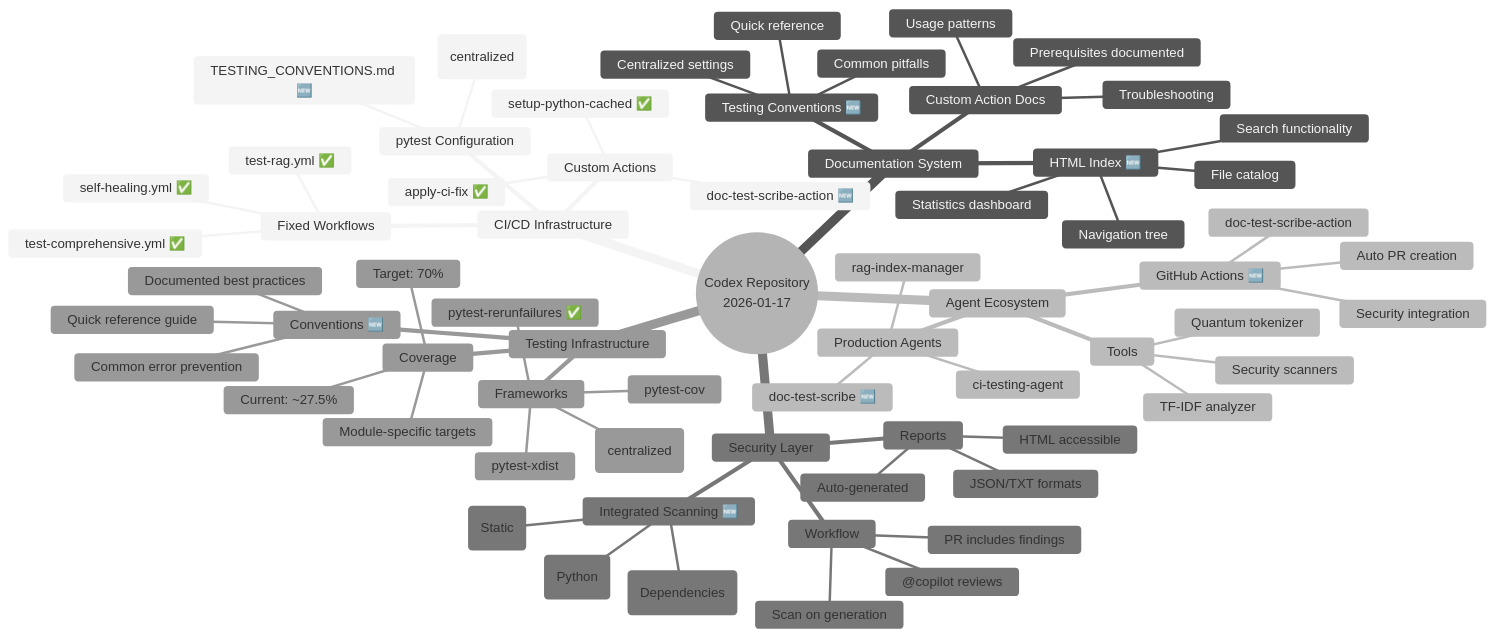
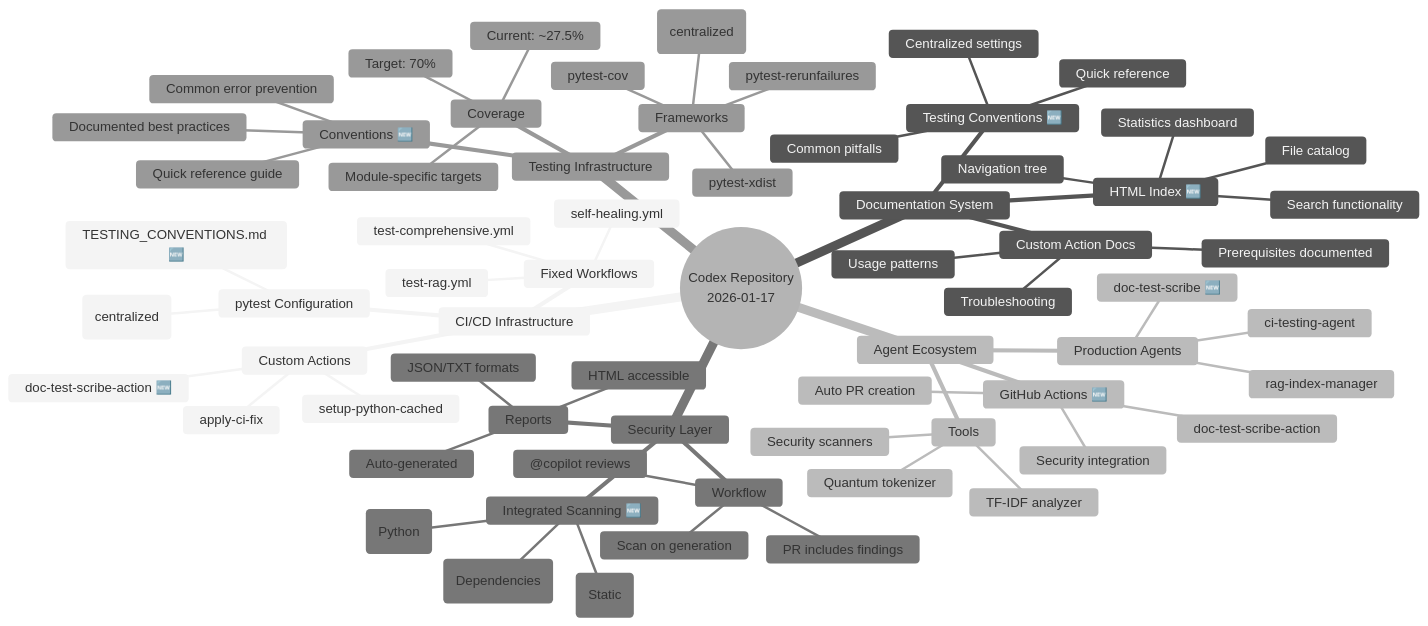
Before and after one commit to Aries-Serpent/_codex_: the ninth of 13 diagrams in docs/guides/REPOSITORY_ARCHITECTURE_DIAGRAMS.md, drawn with Mermaid (neutral theme). The commit also changed other lines of this file and 2029 other files, not shown here.

````diff
--- a/docs/guides/REPOSITORY_ARCHITECTURE_DIAGRAMS.md
+++ b/docs/guides/REPOSITORY_ARCHITECTURE_DIAGRAMS.md
@@ -503,75 +505,75 @@
 ```mermaid
 %%{init: {'accessibility': {'title': 'Mind Map'}}%%
 mindmap
   root((Codex Repository<br/>2026-01-17))
     CI/CD Infrastructure
       Fixed Workflows
-        test-comprehensive.yml ✅
-        test-rag.yml ✅
-        self-healing.yml ✅
+        test-comprehensive.yml 
+        test-rag.yml 
+        self-healing.yml 
       Custom Actions
-        setup-python-cached ✅
+        setup-python-cached 
         doc-test-scribe-action 🆕
-        apply-ci-fix ✅
+        apply-ci-fix 
       pytest Configuration
         pytest.ini (centralized)
         TESTING_CONVENTIONS.md 🆕
 
     Documentation System
       Testing Conventions 🆕
         Centralized settings
         Common pitfalls
         Quick reference
       Custom Action Docs
         Prerequisites documented
         Usage patterns
         Troubleshooting
       HTML Index 🆕
         Search functionality
         Statistics dashboard
         Navigation tree
         File catalog
 
     Agent Ecosystem
       Production Agents
         ci-testing-agent
         doc-test-scribe 🆕
         rag-index-manager
       GitHub Actions 🆕
         doc-test-scribe-action
         Security integration
         Auto PR creation
       Tools
         TF-IDF analyzer
         Quantum tokenizer
         Security scanners
 
     Security Layer
       Integrated Scanning 🆕
         Bandit (Python)
         Safety (Dependencies)
         Semgrep (Static)
       Reports
         JSON/TXT formats
         HTML accessible
         Auto-generated
       Workflow
         Scan on generation
         PR includes findings
         @copilot reviews
 
     Testing Infrastructure
       Coverage
         Target: 70%
         Current: ~27.5%
         Module-specific targets
       Frameworks
         pytest (centralized)
-        pytest-rerunfailures ✅
+        pytest-rerunfailures 
         pytest-cov
         pytest-xdist
       Conventions 🆕
         Documented best practices
         Common error prevention
         Quick reference guide
 ```
````
